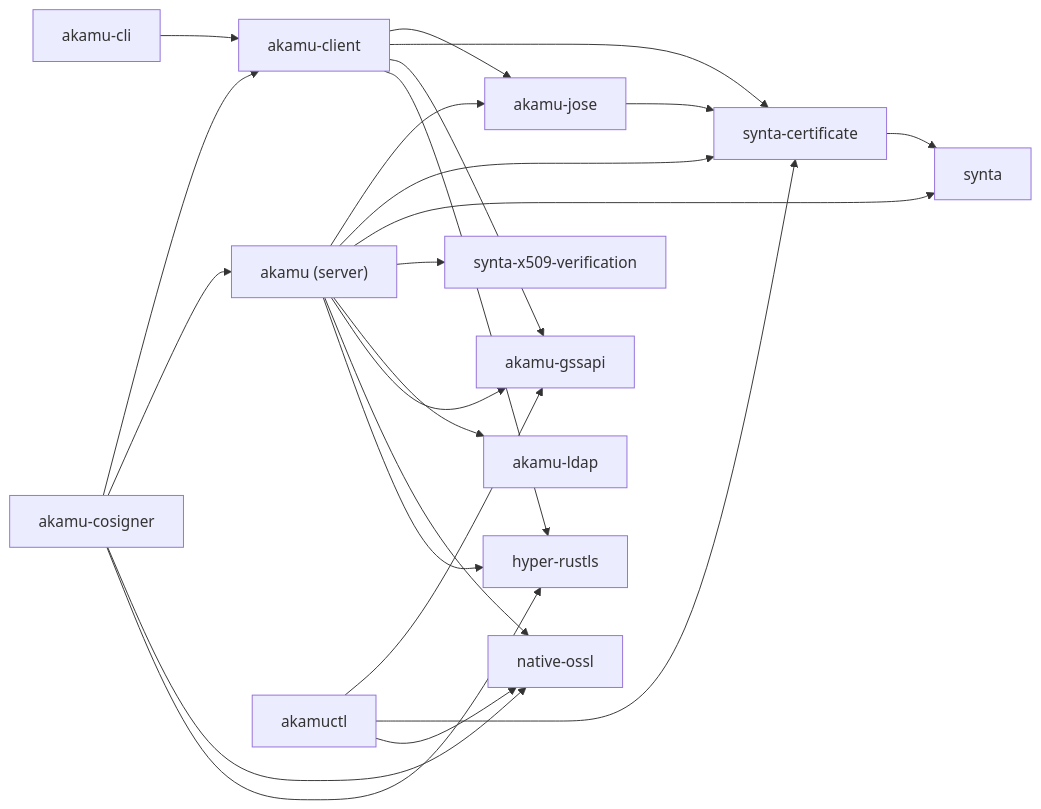
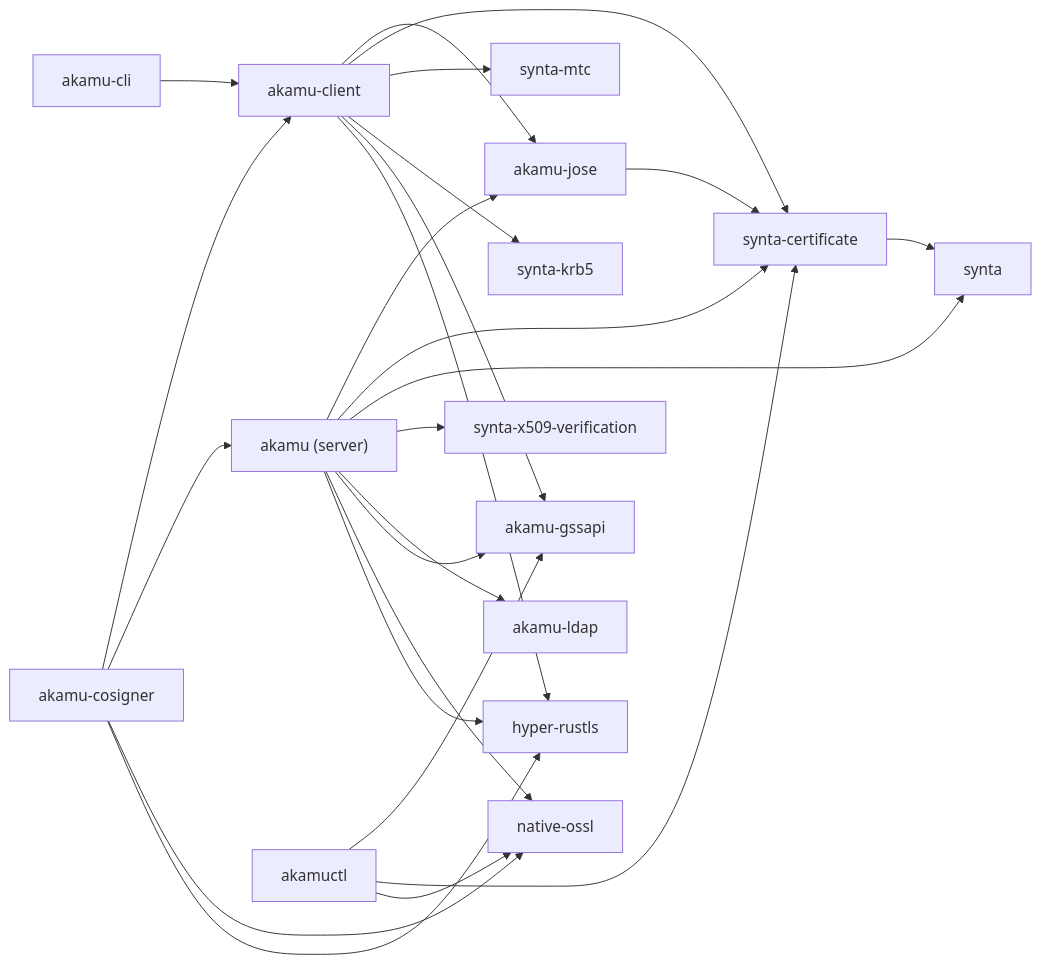
One commit to czinda/akamu changed the second of 2 diagrams in docs/src/developer/architecture.md. Above: the diagram before and after it, drawn with Mermaid. The commit also changed other lines of this file and 9 other files, not shown here.

First line of the commit message:
docs: update documentation for MTC client and admin features

````diff
--- a/docs/src/developer/architecture.md
+++ b/docs/src/developer/architecture.md
@@ -101,39 +103,43 @@
 ```mermaid
 graph LR
     SERVER["akamu (server)"]
     CLIENT["akamu-client"]
     CLI["akamu-cli"]
     COSIGNER["akamu-cosigner"]
     JOSE["akamu-jose"]
     SYNTA["synta-certificate"]
     SYNTABASE["synta"]
     SYNTAVERIF["synta-x509-verification"]
+    SYNTAMTC["synta-mtc"]
+    SYNTAKRB["synta-krb5"]
     LDAP["akamu-ldap"]
     GSSAPI["akamu-gssapi"]
     AKAMUCTL["akamuctl"]
     NATIVEOSSL["native-ossl"]
     HYPERRUSTLS["hyper-rustls"]
 
     SERVER --> JOSE
     SERVER --> SYNTA
     SERVER --> SYNTABASE
     SERVER --> SYNTAVERIF
     SERVER --> LDAP
     SERVER --> GSSAPI
     SERVER --> NATIVEOSSL
     SERVER --> HYPERRUSTLS
     CLIENT --> JOSE
     CLIENT --> SYNTA
+    CLIENT --> SYNTAMTC
+    CLIENT --> SYNTAKRB
     CLIENT --> GSSAPI
     CLIENT --> HYPERRUSTLS
     CLI --> CLIENT
     COSIGNER --> CLIENT
     COSIGNER --> SERVER
     COSIGNER --> NATIVEOSSL
     COSIGNER --> HYPERRUSTLS
     JOSE --> SYNTA
     SYNTA --> SYNTABASE
     AKAMUCTL --> GSSAPI
     AKAMUCTL --> SYNTA
     AKAMUCTL --> NATIVEOSSL
 ```
````
